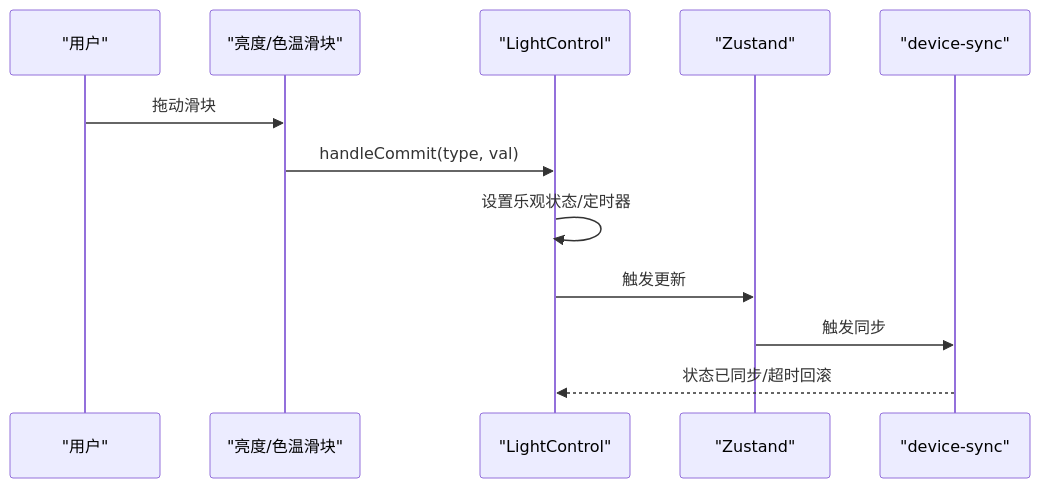
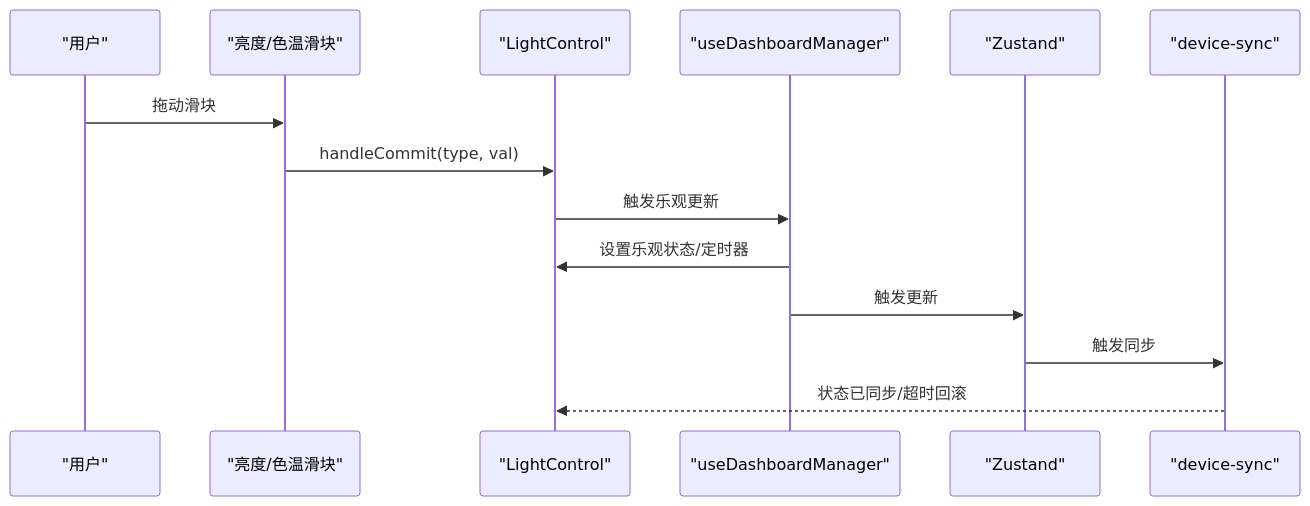
Before and after one commit to skyeyinkun/HAUI: the fifth of 11 diagrams in .qoder/repowiki/zh/content/设备控制模块/设备控制模块.md, drawn with Mermaid. The commit also changed other lines of this file and 14 other files, not shown here.

````diff
--- a/.qoder/repowiki/zh/content/设备控制模块/设备控制模块.md
+++ b/.qoder/repowiki/zh/content/设备控制模块/设备控制模块.md
@@ -228,14 +259,16 @@
 ```mermaid
 sequenceDiagram
 participant 用户 as "用户"
 participant 滑块 as "亮度/色温滑块"
 participant 卡片 as "LightControl"
+participant 钩子 as "useDashboardManager"
 participant 存储 as "Zustand"
 participant 同步 as "device-sync"
 用户->>滑块 : 拖动滑块
 滑块->>卡片 : handleCommit(type, val)
-卡片->>卡片 : 设置乐观状态/定时器
-卡片->>存储 : 触发更新
+卡片->>钩子 : 触发乐观更新
+钩子->>卡片 : 设置乐观状态/定时器
+钩子->>存储 : 触发更新
 存储->>同步 : 触发同步
 同步-->>卡片 : 状态已同步/超时回滚
 ```
````
